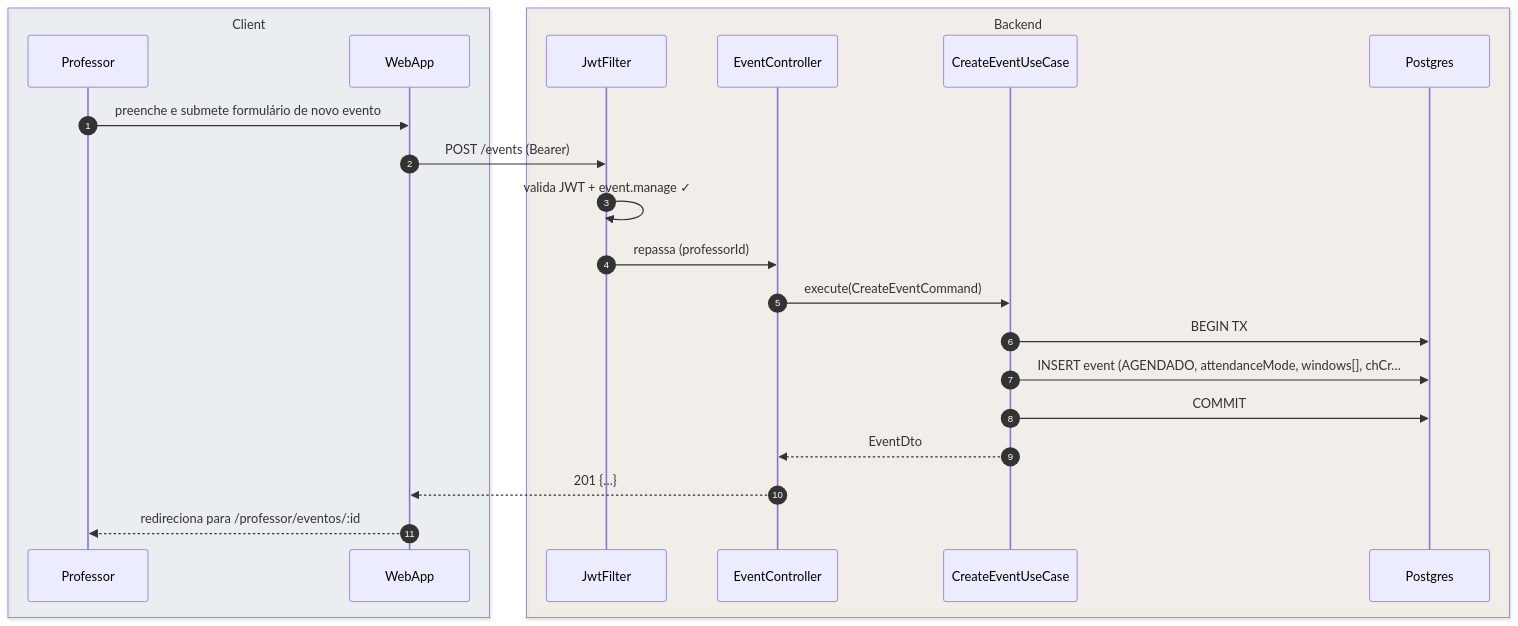
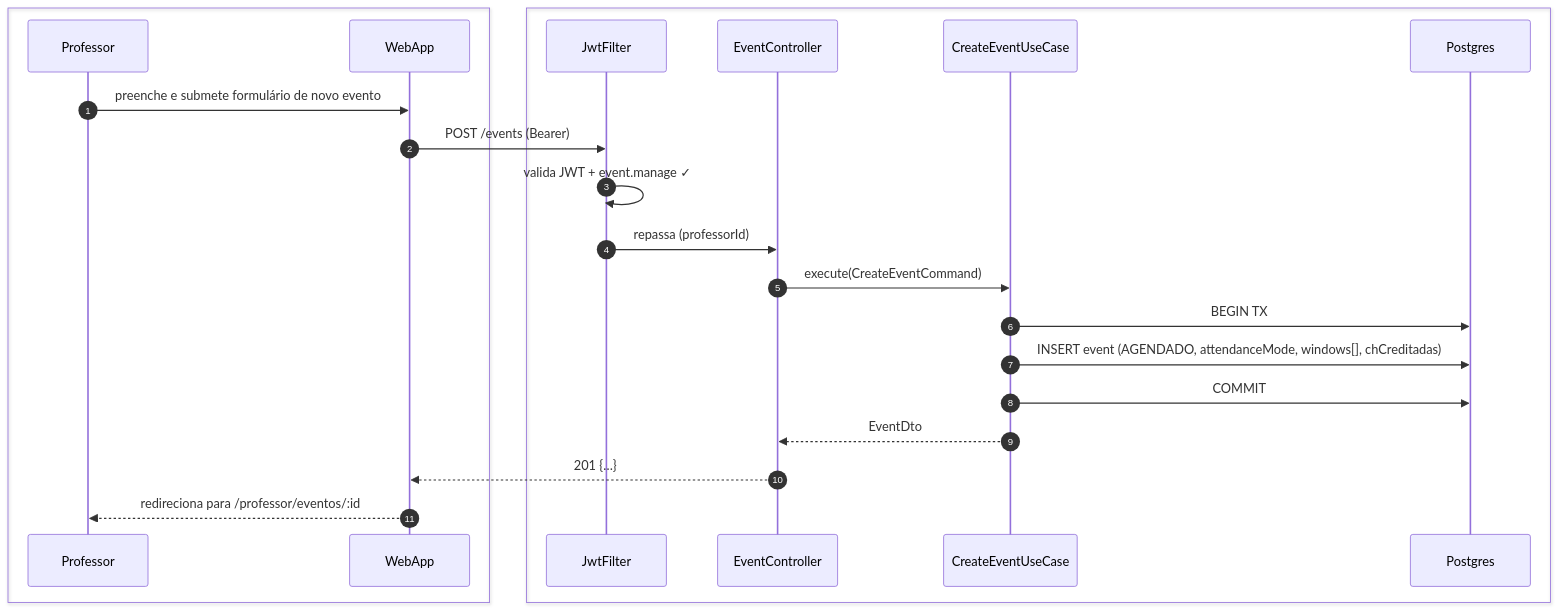
One commit to umishell/secretariaOnline2 changed the first of 6 diagrams in foundationDocs/sequenceDiagrams/F3 — Professor/US-F3-002-EVENTOS.md. Above: the diagram before and after it, drawn with Mermaid. The commit also changed other lines of this file and 70 other files, not shown here.

First line of the commit message:
Enhance database documentation and introduce new schema files

````diff
--- a/foundationDocs/sequenceDiagrams/F3 — Professor/US-F3-002-EVENTOS.md
+++ b/foundationDocs/sequenceDiagrams/F3 — Professor/US-F3-002-EVENTOS.md
@@ -60,26 +60,26 @@
 ```mermaid
 sequenceDiagram
     autonumber
-    box rgba(230,245,255,0.3) Client
+    box #e8f4fc Cliente
         participant Professor
         participant WebApp
     end
-    box rgba(255,245,230,0.3) Backend
+    box #fff8ee Servidor
         participant JwtFilter
         participant EventController
         participant CreateEventUC as CreateEventUseCase
         participant Postgres
     end
 
     Professor->>WebApp: preenche e submete formulário de novo evento
     WebApp->>JwtFilter: POST /events (Bearer)
     JwtFilter->>JwtFilter: valida JWT + event.manage ✓
     JwtFilter->>EventController: repassa (professorId)
     EventController->>CreateEventUC: execute(CreateEventCommand)
     CreateEventUC->>Postgres: BEGIN TX
-    CreateEventUC->>Postgres: INSERT event (AGENDADO, attendanceMode, windows[], chCr…
+    CreateEventUC->>Postgres: INSERT event (AGENDADO, attendanceMode, windows[], chCreditadas)
     CreateEventUC->>Postgres: COMMIT
     CreateEventUC-->>EventController: EventDto
     EventController-->>WebApp: 201 {…}
     WebApp-->>Professor: redireciona para /professor/eventos/:id
 ```
````
